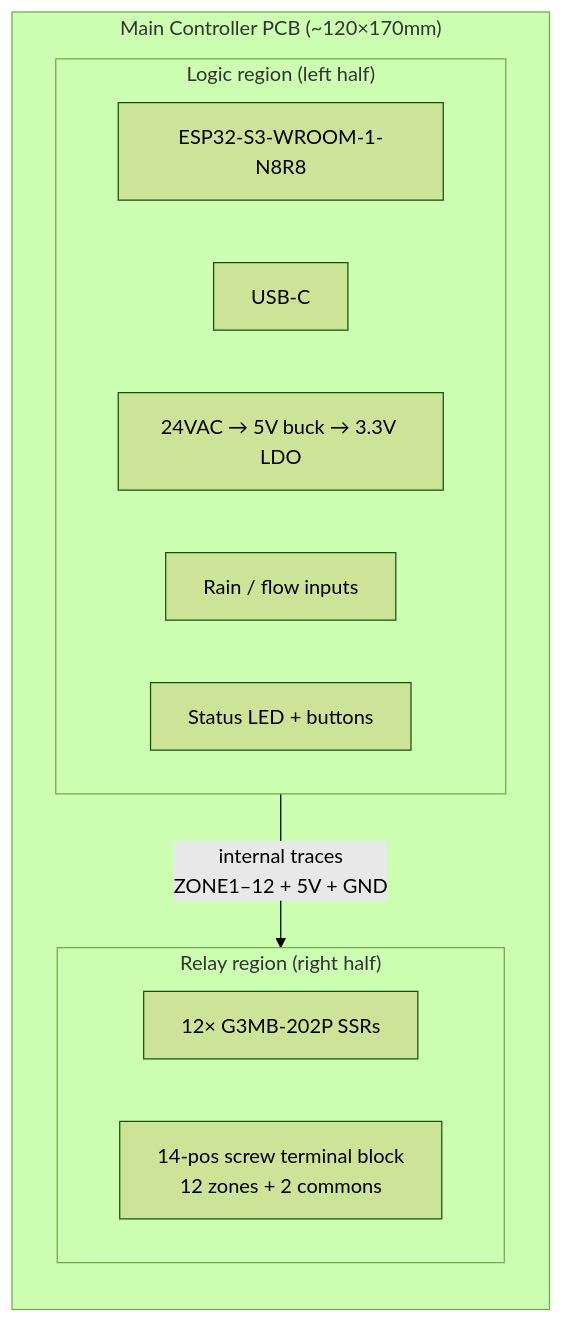
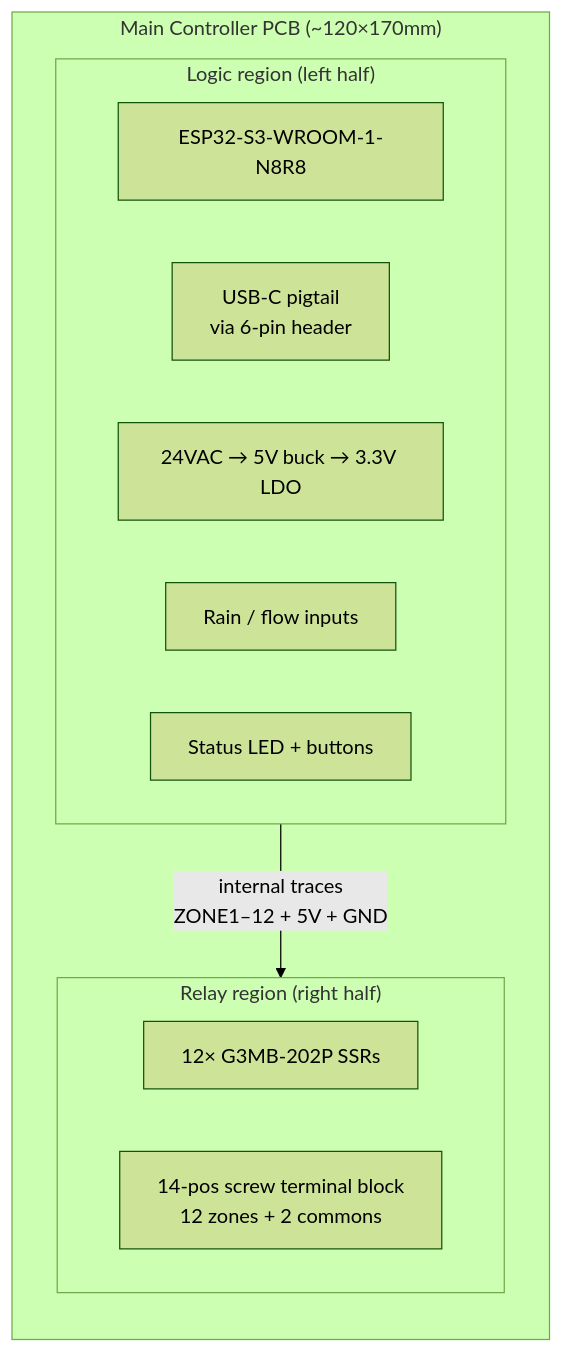
One commit to mitchellch/azul-v2 changed the second of 3 diagrams in docs/design/main-controller-pcb-v1.md. Above: the diagram before and after it, drawn with Mermaid (forest theme). The commit also changed other lines of this file and 55 other files, not shown here.

````diff
--- a/docs/design/main-controller-pcb-v1.md
+++ b/docs/design/main-controller-pcb-v1.md
@@ -56,17 +56,17 @@
 ```mermaid
 graph LR
   subgraph Board["Main Controller PCB (~120×170mm)"]
     subgraph Logic["Logic region (left half)"]
       MCU[ESP32-S3-WROOM-1-N8R8]
-      USB[USB-C]
+      USB[USB-C pigtail<br/>via 6-pin header]
       PWR[24VAC → 5V buck → 3.3V LDO]
       SENS[Rain / flow inputs]
       LED[Status LED + buttons]
     end
     subgraph Relay["Relay region (right half)"]
       SSRS[12× G3MB-202P SSRs]
       TB[14-pos screw terminal block<br/>12 zones + 2 commons]
     end
     Logic -->|"internal traces<br/>ZONE1–12 + 5V + GND"| Relay
   end
 ```
````
